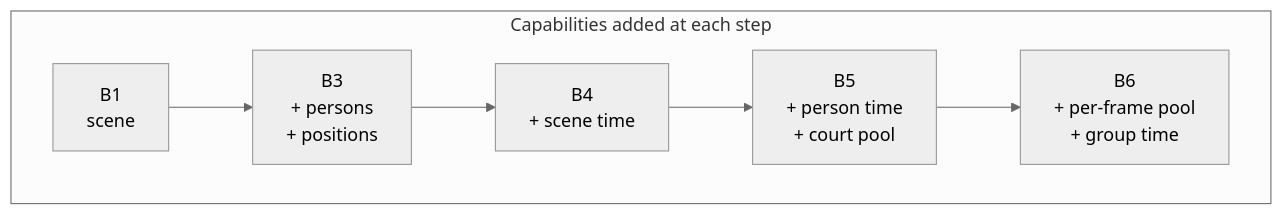
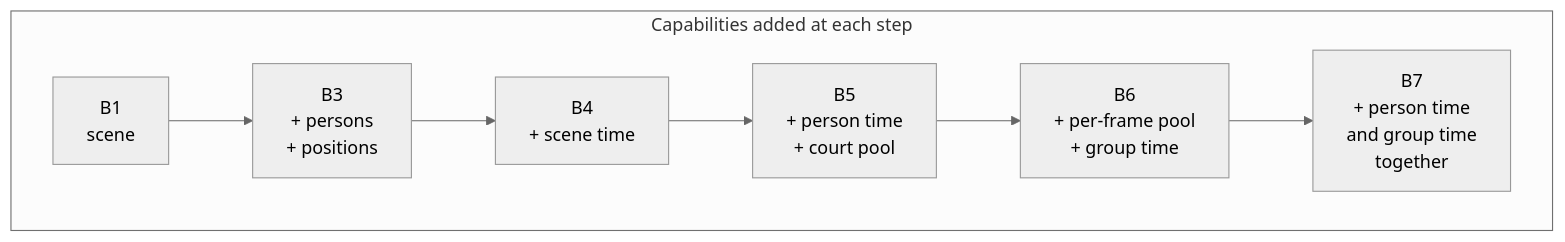
Before and after one commit to Abdo-Gamal/volleyball_project: diagram 23 of 29 in README.md, drawn with Mermaid (neutral theme). The commit also changed other lines of this file and 2 other files, not shown here.

````diff
--- a/README.md
+++ b/README.md
@@ -818,7 +1031,7 @@
 ```mermaid
 flowchart TB
     subgraph legend["Capabilities added at each step"]
         direction LR
-        c1["B1<br/>scene"] --> c2["B3<br/>+ persons<br/>+ positions"] --> c3["B4<br/>+ scene time"] --> c4["B5<br/>+ person time<br/>+ court pool"] --> c5["B6<br/>+ per-frame pool<br/>+ group time"]
+        c1["B1<br/>scene"] --> c2["B3<br/>+ persons<br/>+ positions"] --> c3["B4<br/>+ scene time"] --> c4["B5<br/>+ person time<br/>+ court pool"] --> c5["B6<br/>+ per-frame pool<br/>+ group time"] --> c6["B7<br/>+ person time<br/>and group time<br/>together"]
     end
 ```
````
